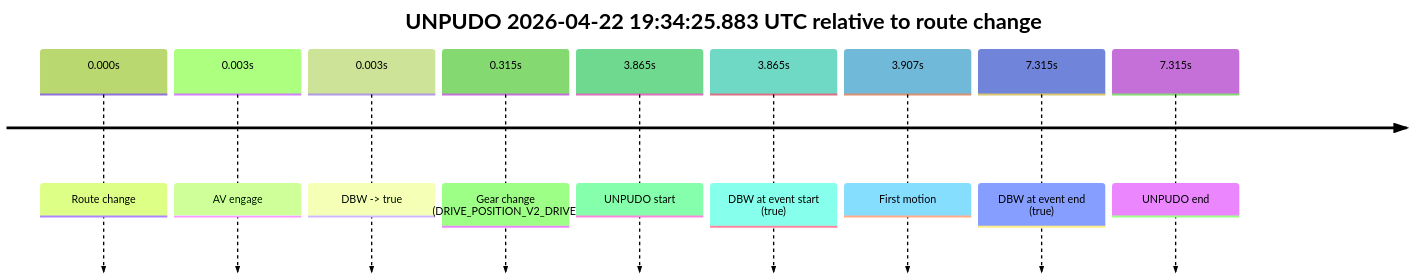
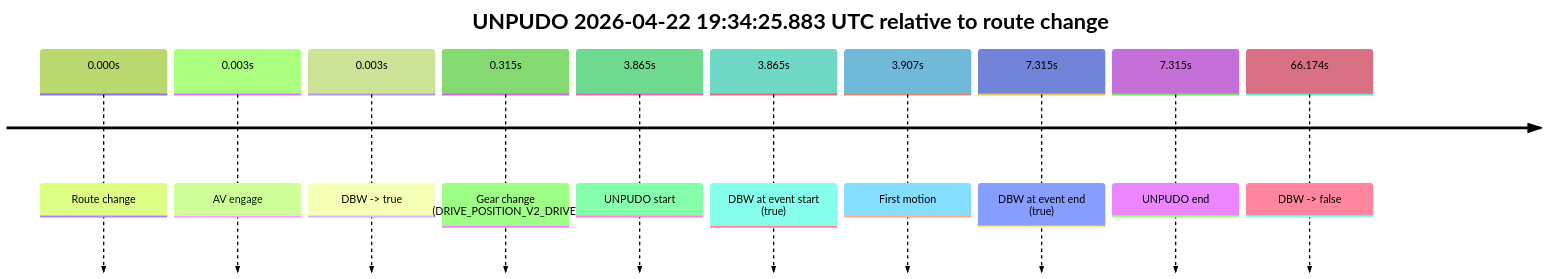
The fourth of 5 diagrams in model_analysis/report_cards/2026/04/Week-4/fme10010--2026-04-22--18-59-27--gen2-av-8d981601-d7a8-46ca-9700-9be8e1fb583d.md (yoelshapiro/vault), drawn with Mermaid (forest theme) before and after one commit. The commit also changed other lines of this file and 50 other files, not shown here.

````diff
--- a/model_analysis/report_cards/2026/04/Week-4/fme10010--2026-04-22--18-59-27--gen2-av-8d981601-d7a8-46ca-9700-9be8e1fb583d.md
+++ b/model_analysis/report_cards/2026/04/Week-4/fme10010--2026-04-22--18-59-27--gen2-av-8d981601-d7a8-46ca-9700-9be8e1fb583d.md
@@ -321,13 +322,14 @@
 ```mermaid
 timeline
     title UNPUDO 2026-04-22 19:34:25.883 UTC relative to route change
     0.000s : Route change
     0.003s : AV engage
     0.003s : DBW -> true
     0.315s : Gear change (DRIVE_POSITION_V2_DRIVE)
     3.865s : UNPUDO start
     3.865s : DBW at event start (true)
     3.907s : First motion
     7.315s : DBW at event end (true)
     7.315s : UNPUDO end
+    66.174s : DBW -> false
 ```
````
